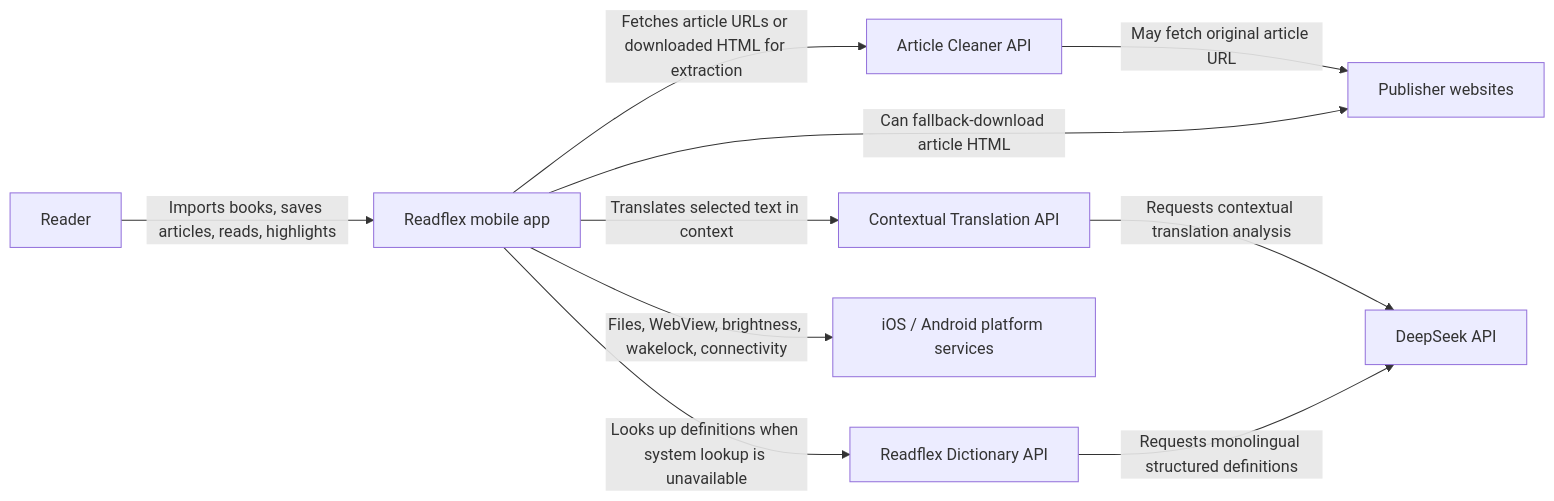
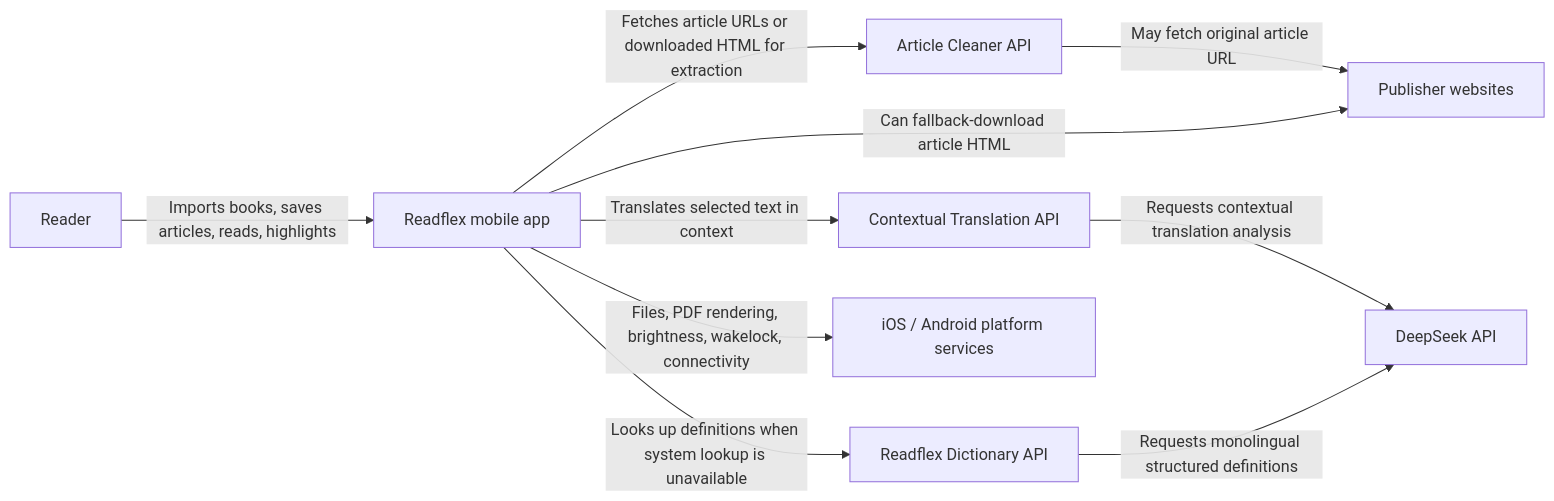
The first of 8 diagrams in C4_MODEL.md (abra/readflex), drawn with Mermaid before and after one commit. The commit also changed other lines of this file and 1153 other files, not shown here.

````diff
--- a/C4_MODEL.md
+++ b/C4_MODEL.md
@@ -18,21 +18,21 @@
 ```mermaid
 flowchart LR
   user["Reader"]
   app["Readflex mobile app"]
   websites["Publisher websites"]
   cleaner["Article Cleaner API"]
   translation["Contextual Translation API"]
   dictionary["Readflex Dictionary API"]
   deepseek["DeepSeek API"]
   platform["iOS / Android platform services"]
 
   user -->|"Imports books, saves articles, reads, highlights"| app
   app -->|"Fetches article URLs or downloaded HTML for extraction"| cleaner
   app -->|"Translates selected text in context"| translation
   app -->|"Looks up definitions when system lookup is unavailable"| dictionary
   translation -->|"Requests contextual translation analysis"| deepseek
   dictionary -->|"Requests monolingual structured definitions"| deepseek
   cleaner -->|"May fetch original article URL"| websites
   app -->|"Can fallback-download article HTML"| websites
-  app -->|"Files, WebView, brightness, wakelock, connectivity"| platform
+  app -->|"Files, PDF rendering, brightness, wakelock, connectivity"| platform
 ```
````
